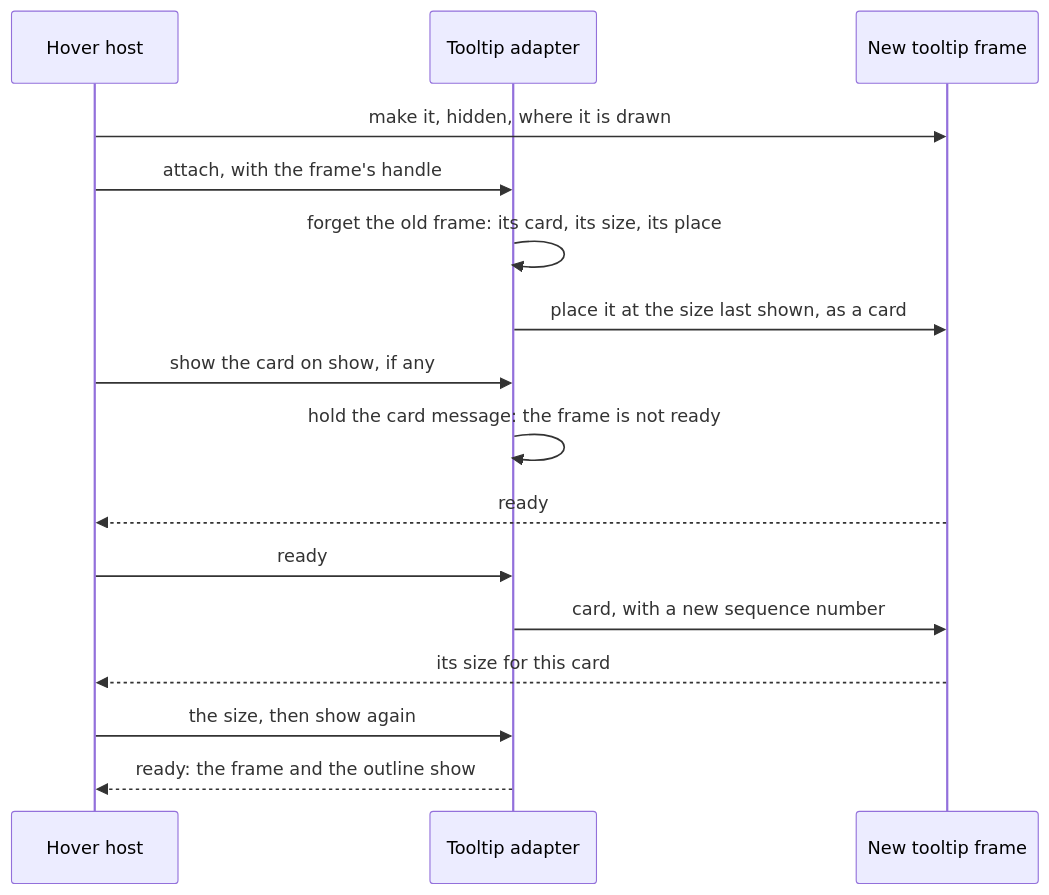
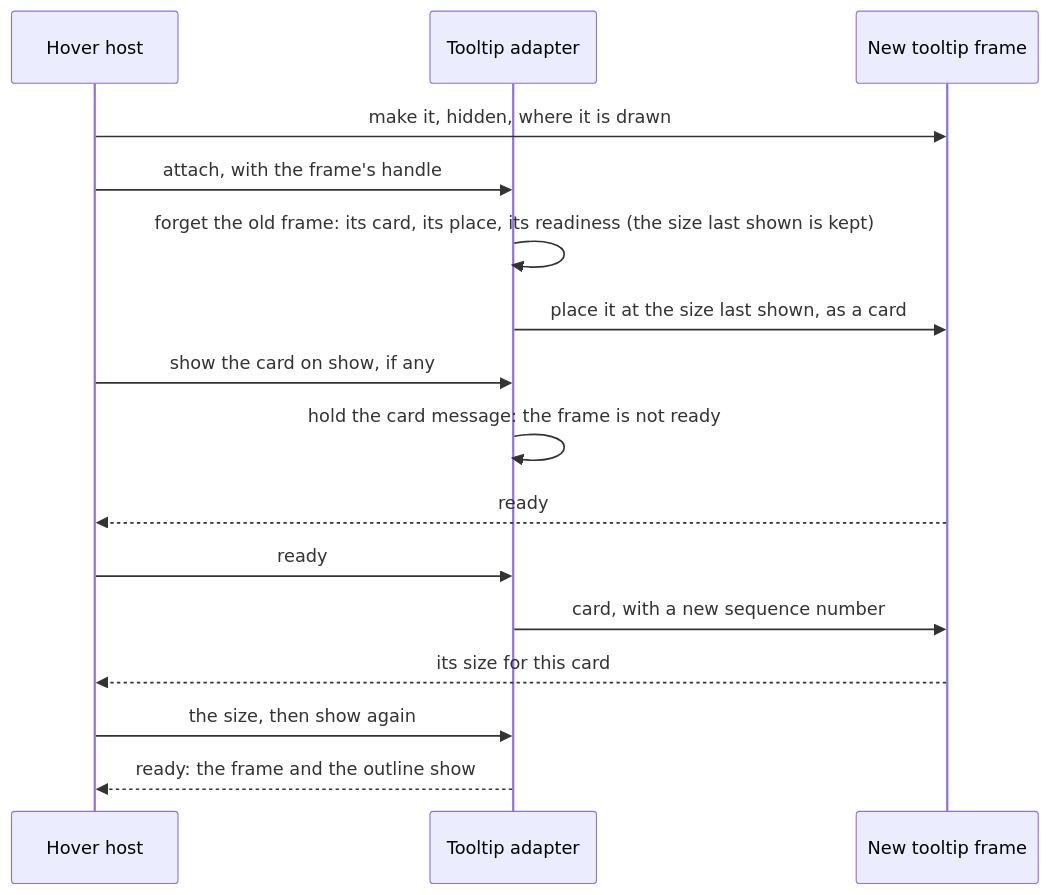
Before and after one commit to ryangswe/kenbunshoku: diagram 11 of 12 in docs/hover-map.md, drawn with Mermaid. The commit also changed other lines of this file and 3 other files, not shown here.

````diff
--- a/docs/hover-map.md
+++ b/docs/hover-map.md
@@ -450,19 +450,19 @@
 ```mermaid
 sequenceDiagram
   participant HC as Hover host
   participant AD as Tooltip adapter
   participant TF as New tooltip frame
 
   HC->>TF: make it, hidden, where it is drawn
   HC->>AD: attach, with the frame's handle
-  AD->>AD: forget the old frame: its card, its size, its place
+  AD->>AD: forget the old frame: its card, its place, its readiness (the size last shown is kept)
   AD->>TF: place it at the size last shown, as a card
   HC->>AD: show the card on show, if any
   AD->>AD: hold the card message: the frame is not ready
   TF-->>HC: ready
   HC->>AD: ready
   AD->>TF: card, with a new sequence number
   TF-->>HC: its size for this card
   HC->>AD: the size, then show again
   AD-->>HC: ready: the frame and the outline show
 ```
````
